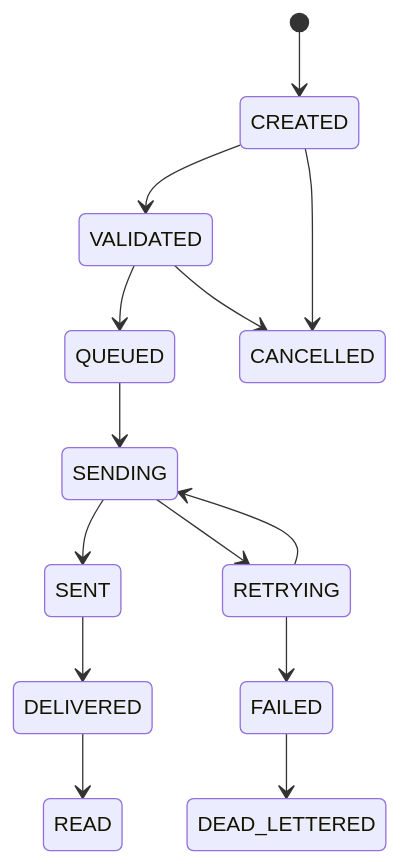
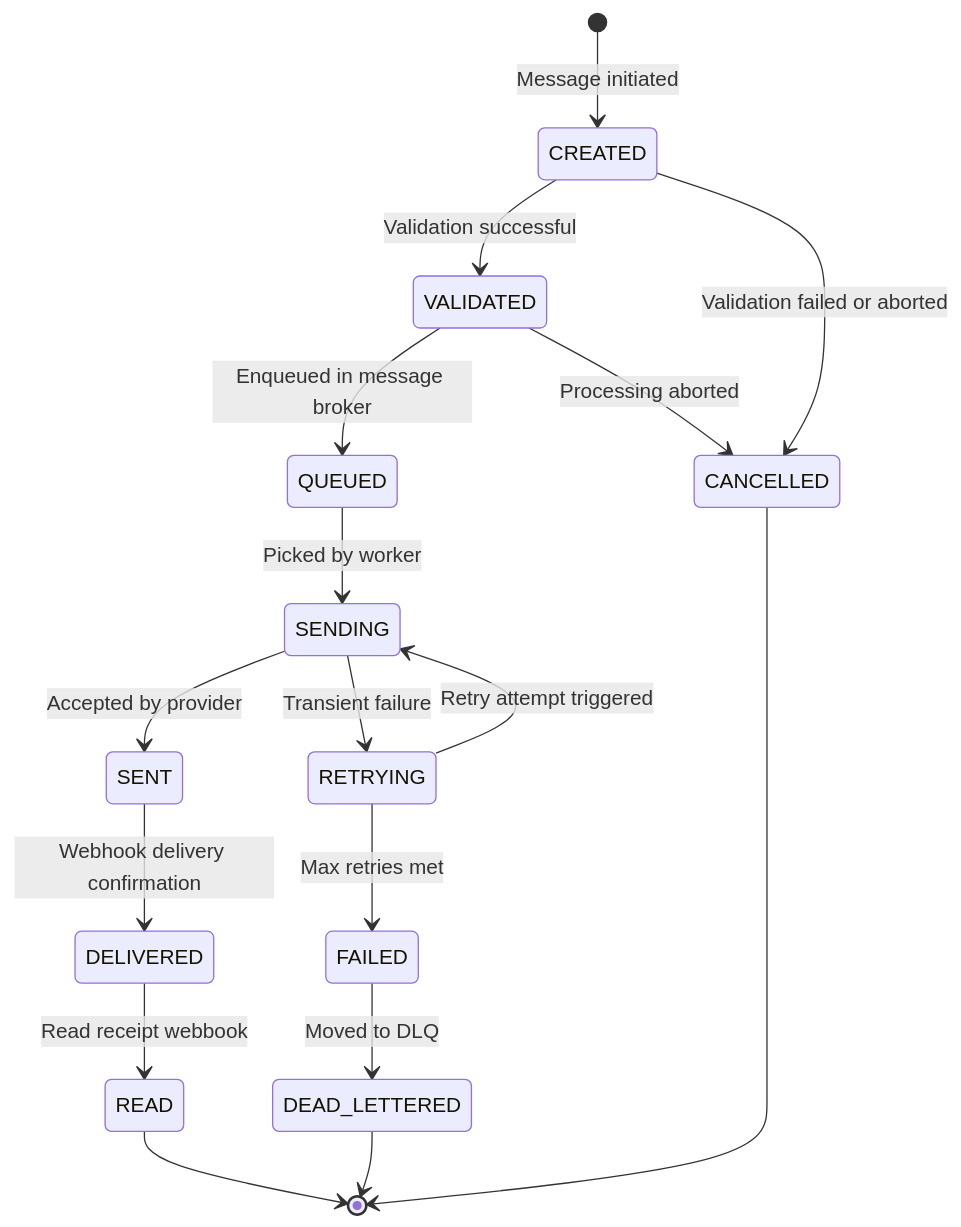
One commit to questflag/qf-apps changed the first of 18 diagrams in docs/QuestFlag_Communication_Module_Requirements_v15_FULL_DIAGRAMS.md. Above: the diagram before and after it, drawn with Mermaid. The commit also changed other lines of this file, not shown here.

````diff
--- a/docs/QuestFlag_Communication_Module_Requirements_v15_FULL_DIAGRAMS.md
+++ b/docs/QuestFlag_Communication_Module_Requirements_v15_FULL_DIAGRAMS.md
@@ -9,16 +25,19 @@
-``` mermaid
+```mermaid
 stateDiagram-v2
-[*] --> CREATED
-CREATED --> VALIDATED
-VALIDATED --> QUEUED
-QUEUED --> SENDING
-SENDING --> SENT
-SENT --> DELIVERED
-DELIVERED --> READ
-SENDING --> RETRYING
-RETRYING --> SENDING
-RETRYING --> FAILED
-FAILED --> DEAD_LETTERED
-CREATED --> CANCELLED
-VALIDATED --> CANCELLED
+    [*] --> CREATED: Message initiated
+    CREATED --> VALIDATED: Validation successful
+    CREATED --> CANCELLED: Validation failed or aborted
+    VALIDATED --> QUEUED: Enqueued in message broker
+    VALIDATED --> CANCELLED: Processing aborted
+    QUEUED --> SENDING: Picked by worker
+    SENDING --> SENT: Accepted by provider
+    SENDING --> RETRYING: Transient failure
+    RETRYING --> SENDING: Retry attempt triggered
+    RETRYING --> FAILED: Max retries met
+    FAILED --> DEAD_LETTERED: Moved to DLQ
+    SENT --> DELIVERED: Webhook delivery confirmation
+    DELIVERED --> READ: Read receipt webbook
+    READ --> [*]
+    DEAD_LETTERED --> [*]
+    CANCELLED --> [*]
 ```
````
